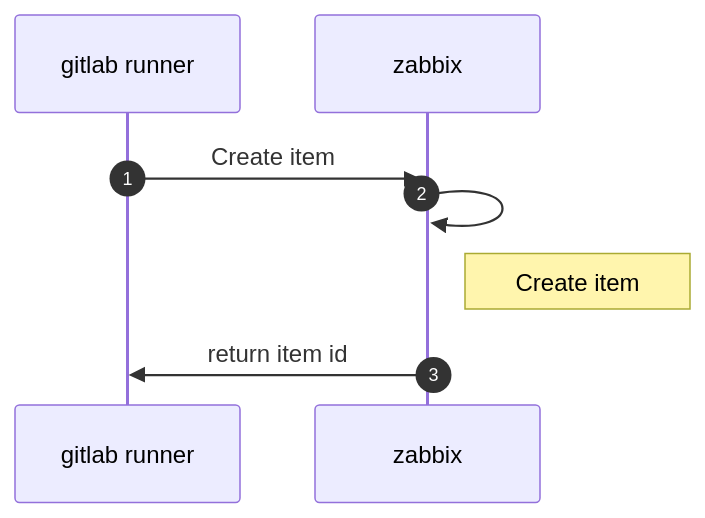
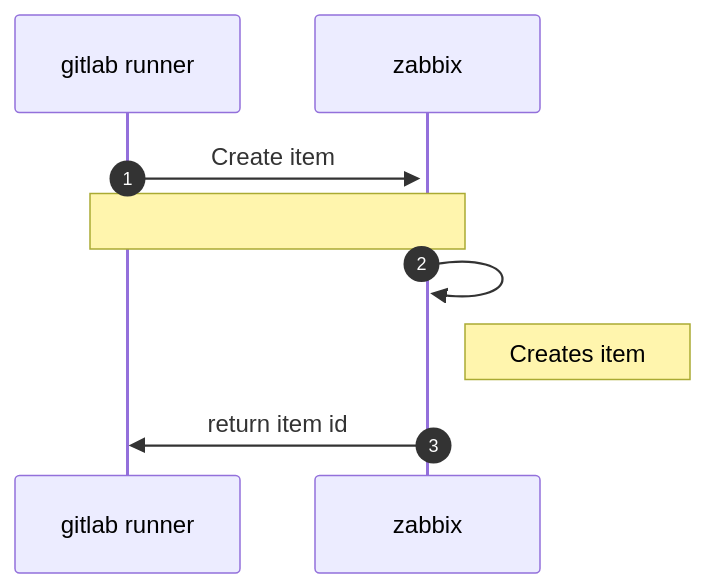
Before and after one commit to ericssonanders/zabbix-api: the diagram in README.md, drawn with Mermaid.

````diff
--- a/README.md
+++ b/README.md
@@ -30,11 +30,12 @@
 ```mermaid
 sequenceDiagram
     autonumber
     participant gitlab runner
     participant zabbix
     
     gitlab runner->>+zabbix: Create item
+    Note over gitlab runner, zabbix: 
     zabbix->>zabbix: 
-    Note right of zabbix: Create item
+    Note right of zabbix: Creates item
     zabbix->>gitlab runner: return item id
 ```
````
